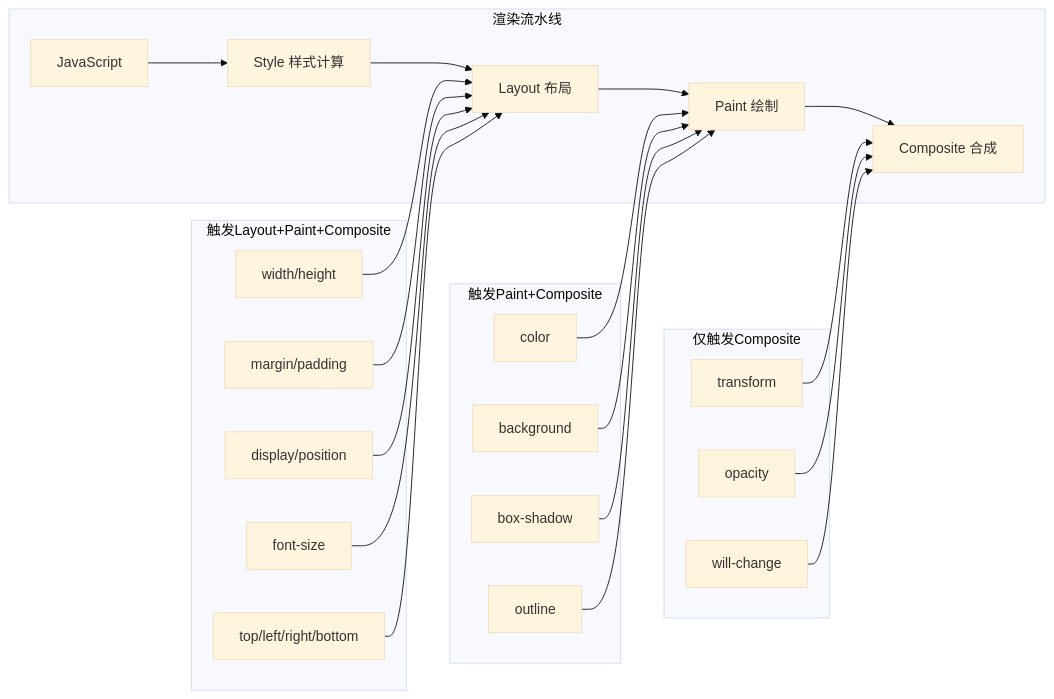
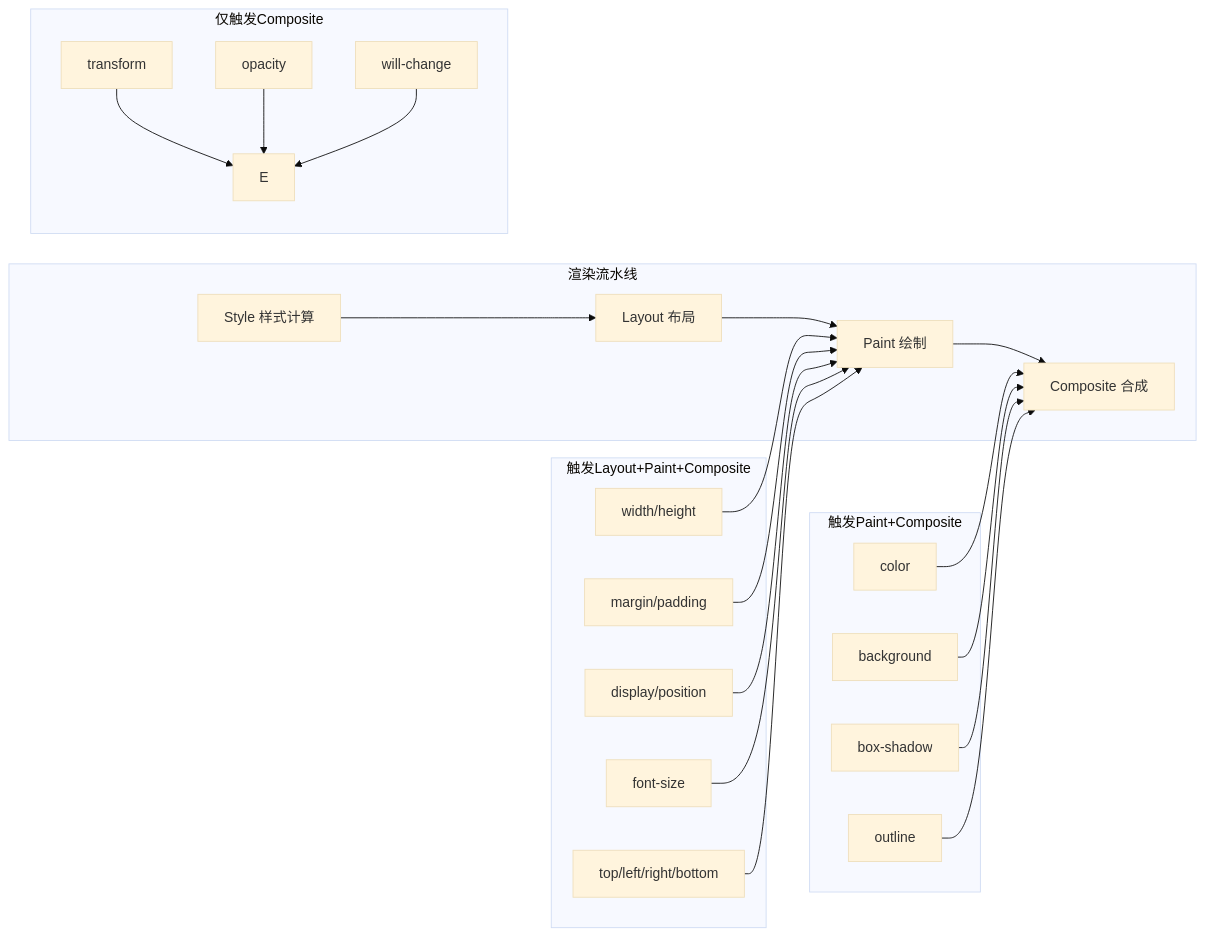
Diagram 29 of 39 in S3-进阶提升/01-浏览器原理.md (KMaybe01/common), drawn with Mermaid (base theme) before and after one commit. The commit also changed other lines of this file and 5 other files, not shown here.

````diff
--- a/S3-进阶提升/01-浏览器原理.md
+++ b/S3-进阶提升/01-浏览器原理.md
@@ -1344,42 +1348,41 @@
 ```mermaid
 graph LR
     subgraph 渲染流水线
-        A["JavaScript"] --> B["Style 样式计算"]
-        B --> C["Layout 布局"]
-        C --> D["Paint 绘制"]
-        D --> E["Composite 合成"]
+        A["Style 样式计算"] --> B["Layout 布局"]
+        B --> C["Paint 绘制"]
+        C --> D["Composite 合成"]
     end
     
     subgraph 仅触发Composite
         F1["transform"]
         F2["opacity"]
         F3["will-change"]
         F1 --> E
         F2 --> E
         F3 --> E
     end
     
     subgraph 触发Paint+Composite
         G1["color"]
         G2["background"]
         G3["box-shadow"]
         G4["outline"]
         G1 --> D
         G2 --> D
         G3 --> D
         G4 --> D
     end
     
     subgraph 触发Layout+Paint+Composite
         H1["width/height"]
         H2["margin/padding"]
         H3["display/position"]
         H4["font-size"]
         H5["top/left/right/bottom"]
         H1 --> C
         H2 --> C
         H3 --> C
         H4 --> C
         H5 --> C
     end
 ```
````
